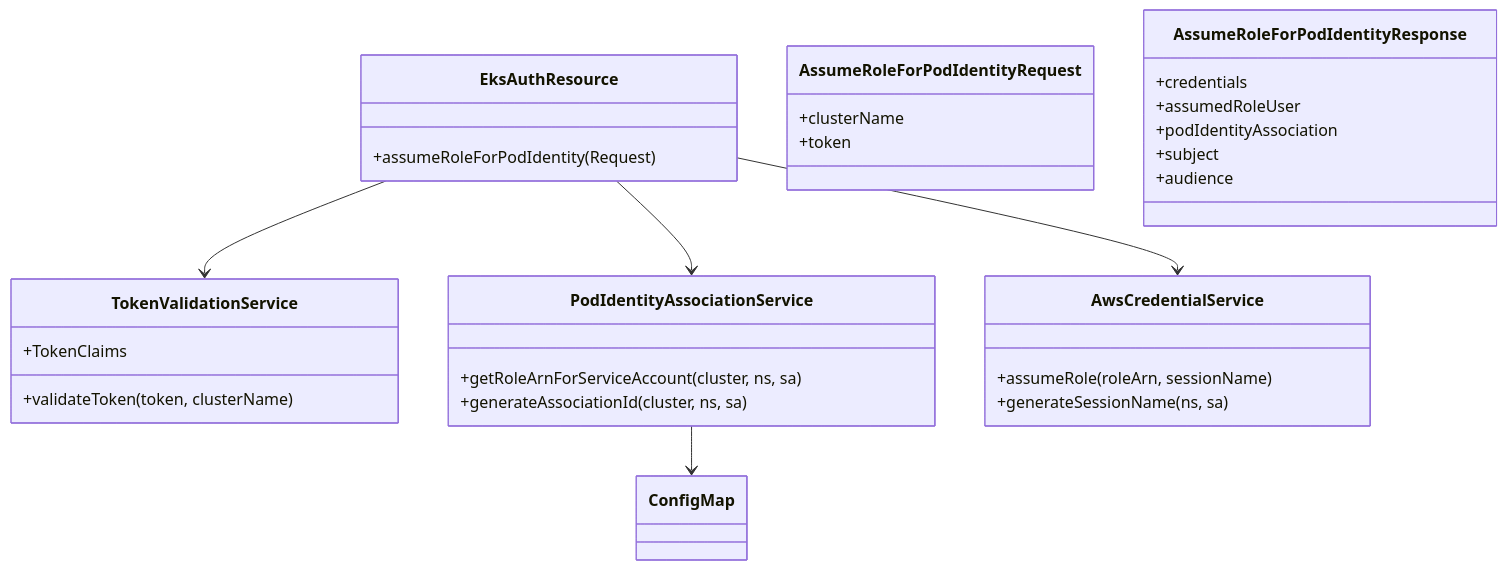
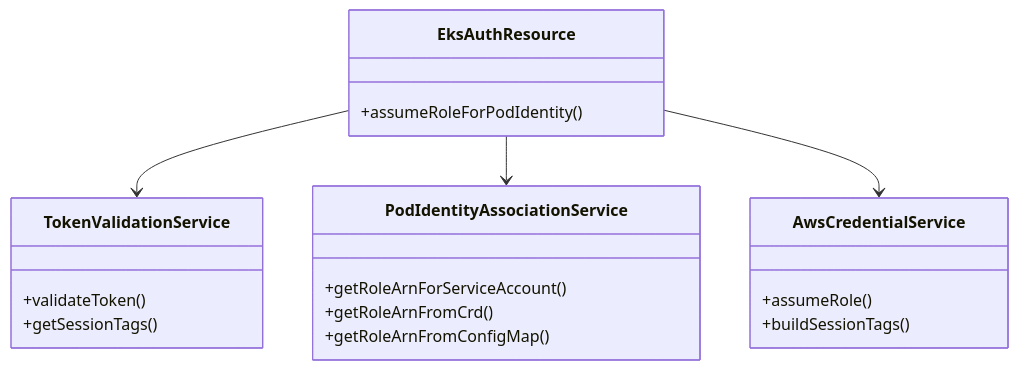
One commit to plasticity-of-cloud/express-compute-control-plane changed the third of 5 diagrams in .agents/summary/architecture.md. Above: the diagram before and after it, drawn with Mermaid. The commit also changed other lines of this file and 23 other files, not shown here.

````diff
--- a/.agents/summary/architecture.md
+++ b/.agents/summary/architecture.md
@@ -33,39 +96,26 @@
 ```mermaid
 classDiagram
     class EksAuthResource {
-        +assumeRoleForPodIdentity(Request)
+        +assumeRoleForPodIdentity()
     }
     
     class TokenValidationService {
-        +validateToken(token, clusterName)
-        +TokenClaims
+        +validateToken()
+        +getSessionTags()
     }
     
     class PodIdentityAssociationService {
-        +getRoleArnForServiceAccount(cluster, ns, sa)
-        +generateAssociationId(cluster, ns, sa)
+        +getRoleArnForServiceAccount()
+        +getRoleArnFromCrd()
+        +getRoleArnFromConfigMap()
     }
     
     class AwsCredentialService {
-        +assumeRole(roleArn, sessionName)
-        +generateSessionName(ns, sa)
-    }
-    
-    class AssumeRoleForPodIdentityRequest {
-        +clusterName
-        +token
-    }
-    
-    class AssumeRoleForPodIdentityResponse {
-        +credentials
-        +assumedRoleUser
-        +podIdentityAssociation
-        +subject
-        +audience
+        +assumeRole()
+        +buildSessionTags()
     }
     
     EksAuthResource --> TokenValidationService
     EksAuthResource --> PodIdentityAssociationService
     EksAuthResource --> AwsCredentialService
-    PodIdentityAssociationService --> ConfigMap
 ```
````
